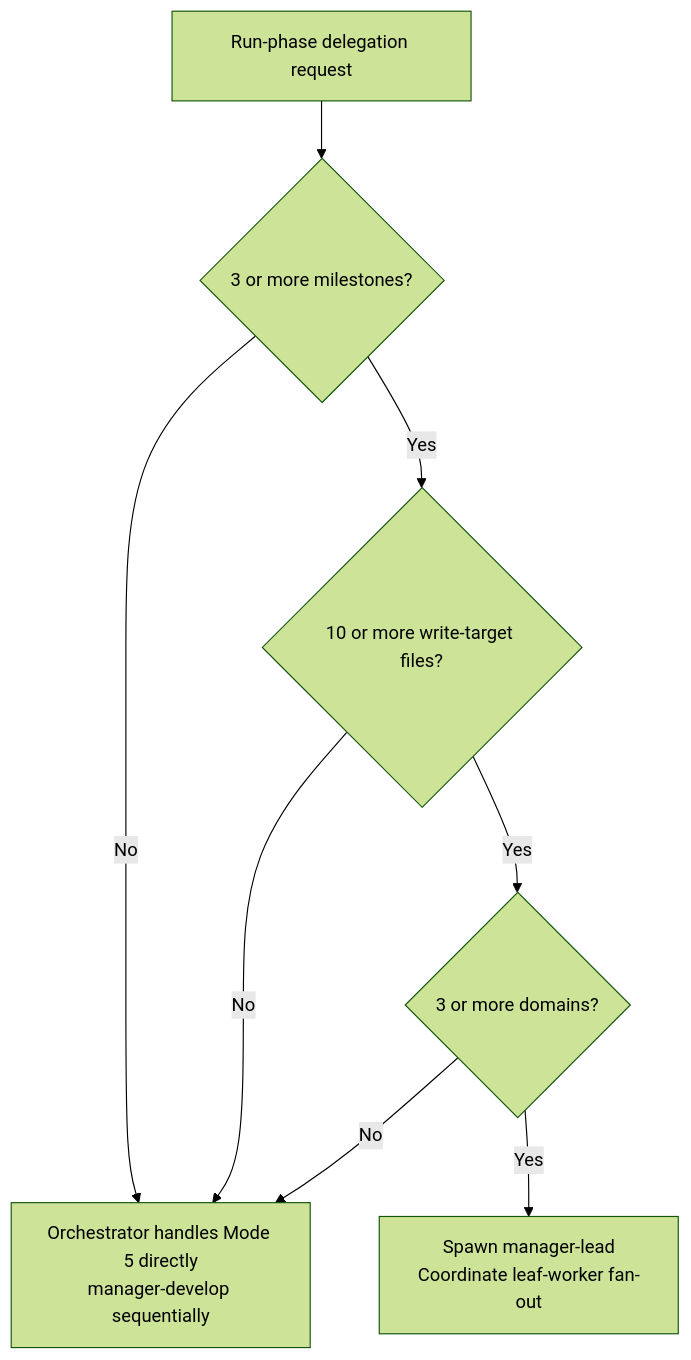
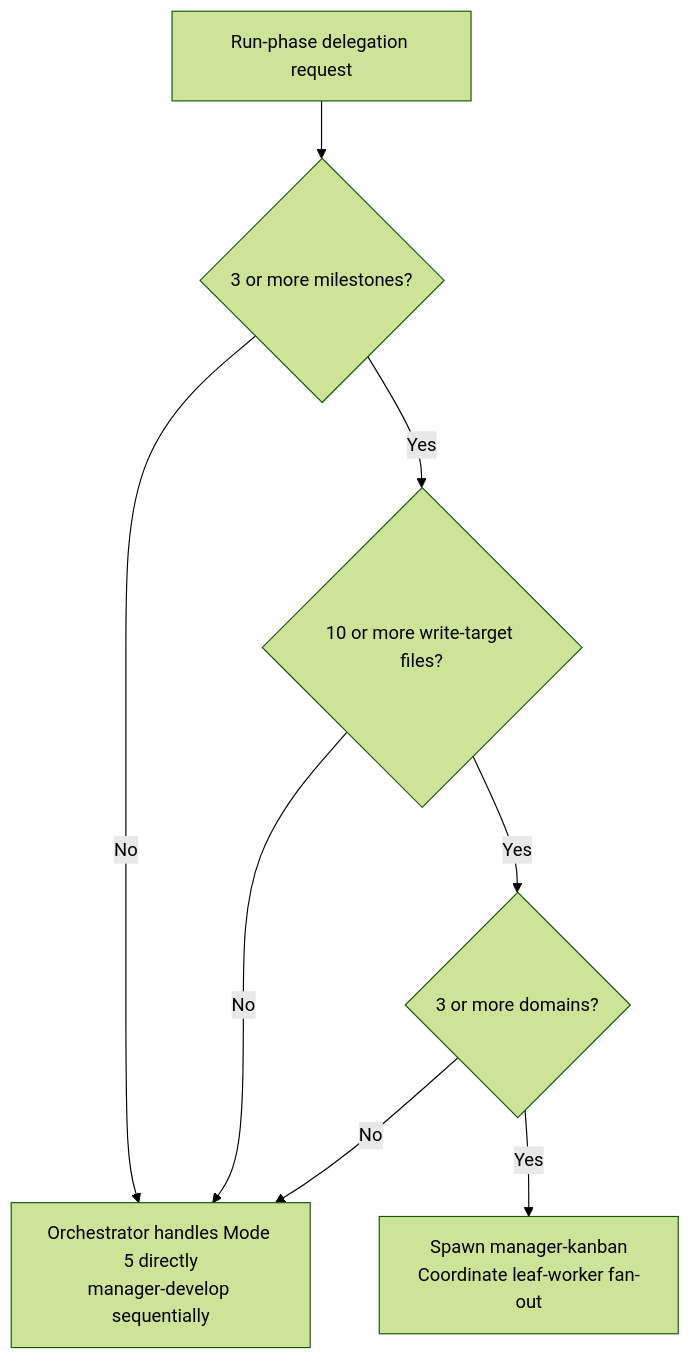
One commit to modu-ai/moai-adk changed the second of 5 diagrams in docs-site/content/en/advanced/agent-guide.md. Above: the diagram before and after it, drawn with Mermaid (forest theme). The commit also changed other lines of this file and 69 other files, not shown here.

First line of the commit message:
feat(kanban): rename manager-lead to manager-kanban + add /moai todo backlog and dispatch protocol

````diff
--- a/docs-site/content/en/advanced/agent-guide.md
+++ b/docs-site/content/en/advanced/agent-guide.md
@@ -144,10 +144,10 @@
 ```mermaid
 flowchart TD
     START["Run-phase delegation request"] --> Q1{"3 or more milestones?"}
     Q1 -->|"No"| MODE5["Orchestrator handles Mode 5 directly<br>manager-develop sequentially"]
     Q1 -->|"Yes"| Q2{"10 or more write-target files?"}
     Q2 -->|"No"| MODE5
     Q2 -->|"Yes"| Q3{"3 or more domains?"}
     Q3 -->|"No"| MODE5
-    Q3 -->|"Yes"| LEAD["Spawn manager-lead<br>Coordinate leaf-worker fan-out"]
+    Q3 -->|"Yes"| LEAD["Spawn manager-kanban<br>Coordinate leaf-worker fan-out"]
 ```
````
